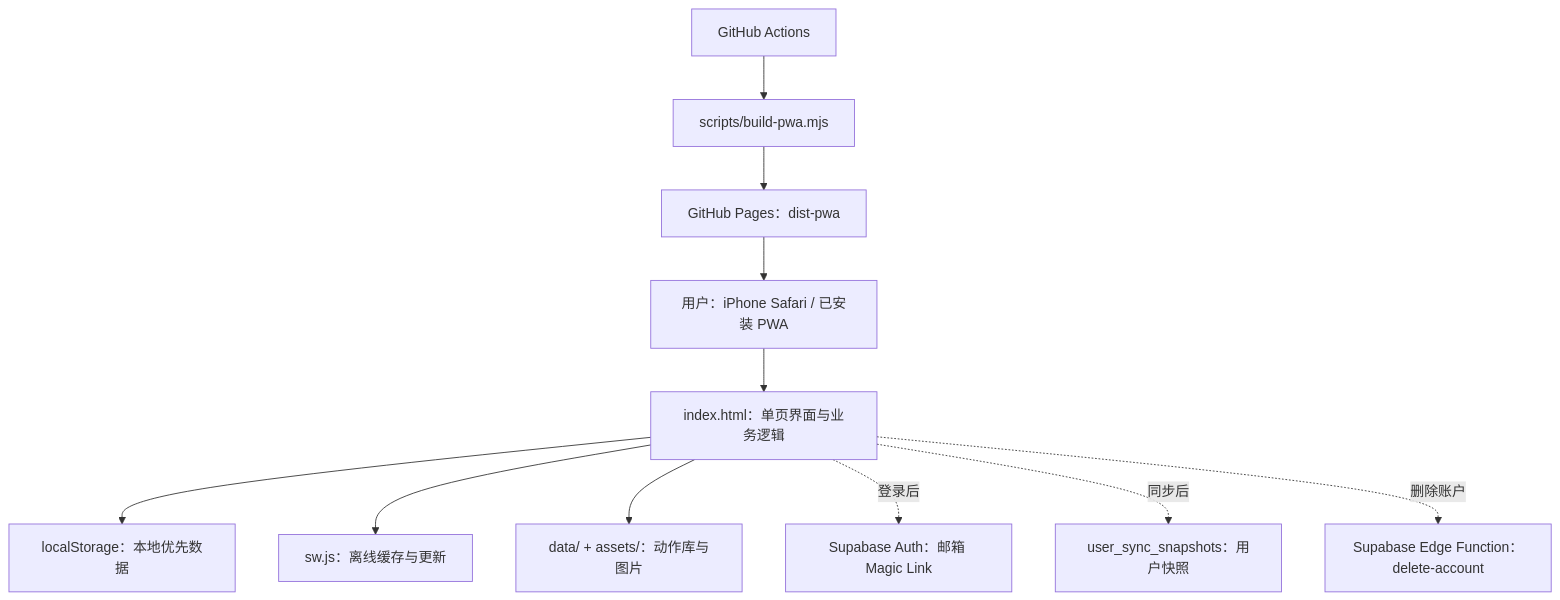
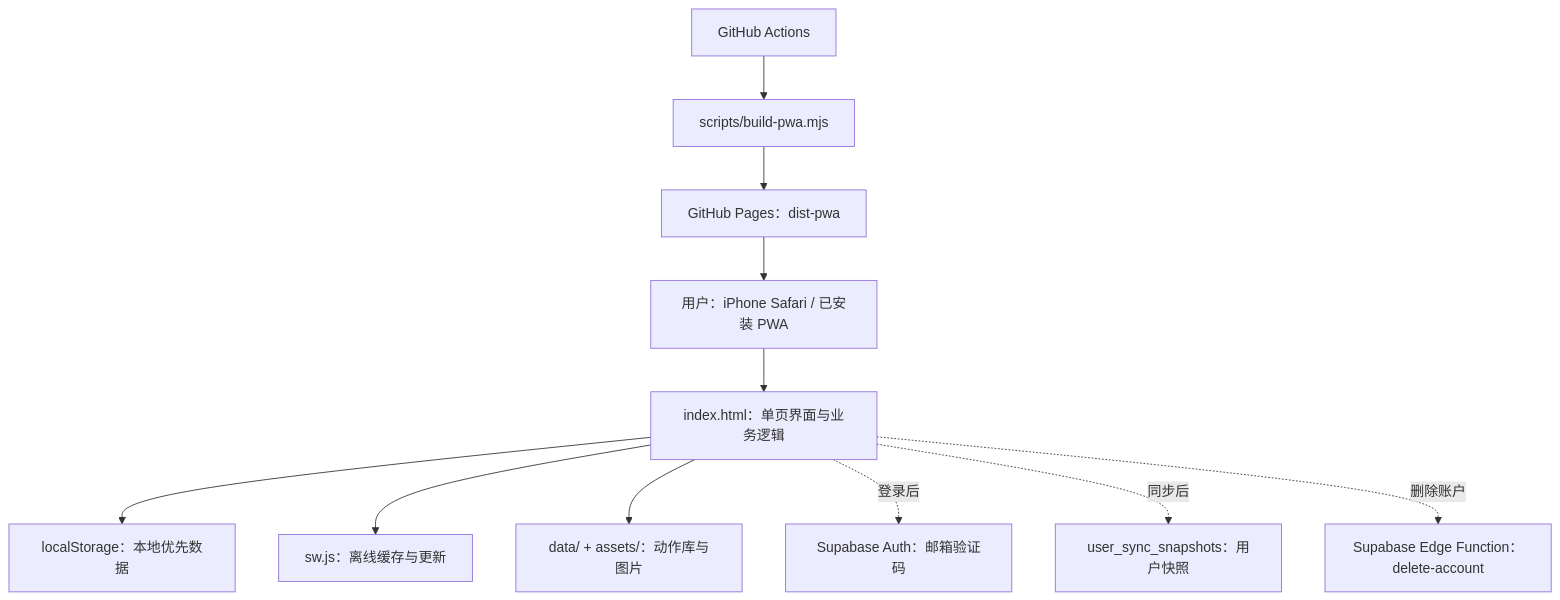
The first of 2 diagrams in docs/技术架构与维护指南.md (katherine54321/fitlog_NSCA_tool), drawn with Mermaid before and after one commit. The commit also changed other lines of this file and 5 other files, not shown here.

Commit message:
fix: complete email code sign-in flow

````diff
--- a/docs/技术架构与维护指南.md
+++ b/docs/技术架构与维护指南.md
@@ -17,13 +17,13 @@
 ```mermaid
 flowchart TD
   U[用户：iPhone Safari / 已安装 PWA] --> PWA[index.html：单页界面与业务逻辑]
   PWA --> LS[localStorage：本地优先数据]
   PWA --> SW[sw.js：离线缓存与更新]
   PWA --> DATA[data/ + assets/：动作库与图片]
-  PWA -. 登录后 .-> AUTH[Supabase Auth：邮箱 Magic Link]
+  PWA -. 登录后 .-> AUTH[Supabase Auth：邮箱验证码]
   PWA -. 同步后 .-> SNAP[user_sync_snapshots：用户快照]
   PWA -. 删除账户 .-> FN[Supabase Edge Function：delete-account]
   GH[GitHub Actions] --> BUILD[scripts/build-pwa.mjs]
   BUILD --> PAGES[GitHub Pages：dist-pwa]
   PAGES --> U
 ```
````
